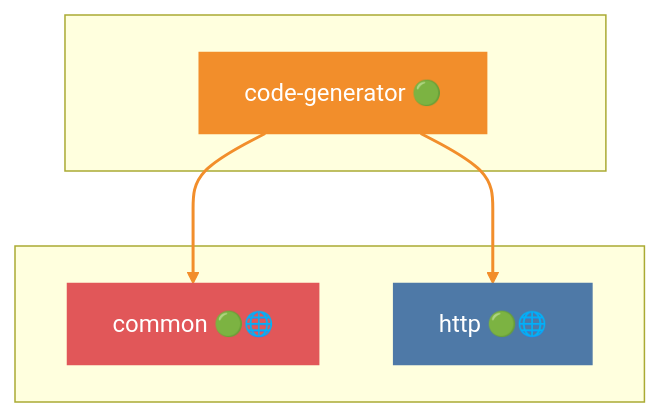
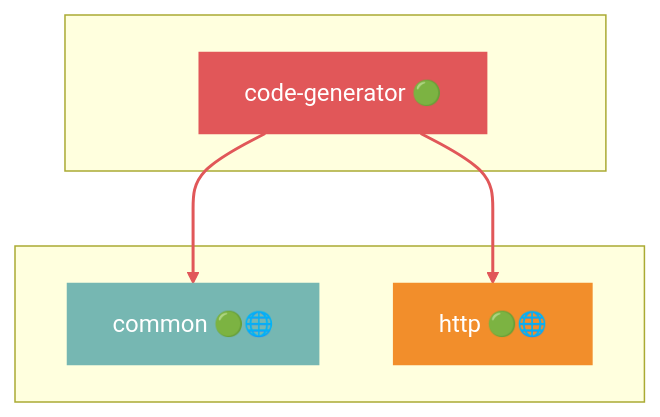
One commit to grest-ts/grest-ts changed the fourth of 43 diagrams in docs/DEPENDENCIES.md. Above: the diagram before and after it, drawn with Mermaid. The commit also changed other lines of this file and 86 other files, not shown here.

````diff
--- a/docs/DEPENDENCIES.md
+++ b/docs/DEPENDENCIES.md
@@ -413,17 +463,17 @@
 ```mermaid
 flowchart TB
     subgraph Package[" "]
         code-generator["code-generator 🟢"]
     end
     subgraph Dependencies[" "]
         common["common 🟢🌐"]
         http["http 🟢🌐"]
     end
     code-generator --> common
     code-generator --> http
-    style code-generator fill:#F28E2B,stroke:#F28E2B,color:#fff
-    style common fill:#E15759,stroke:#E15759,color:#fff
-    style http fill:#4E79A7,stroke:#4E79A7,color:#fff
-    linkStyle 0 stroke:#F28E2B,stroke-width:2px
-    linkStyle 1 stroke:#F28E2B,stroke-width:2px
+    style code-generator fill:#E15759,stroke:#E15759,color:#fff
+    style common fill:#76B7B2,stroke:#76B7B2,color:#fff
+    style http fill:#F28E2B,stroke:#F28E2B,color:#fff
+    linkStyle 0 stroke:#E15759,stroke-width:2px
+    linkStyle 1 stroke:#E15759,stroke-width:2px
 ```
````
